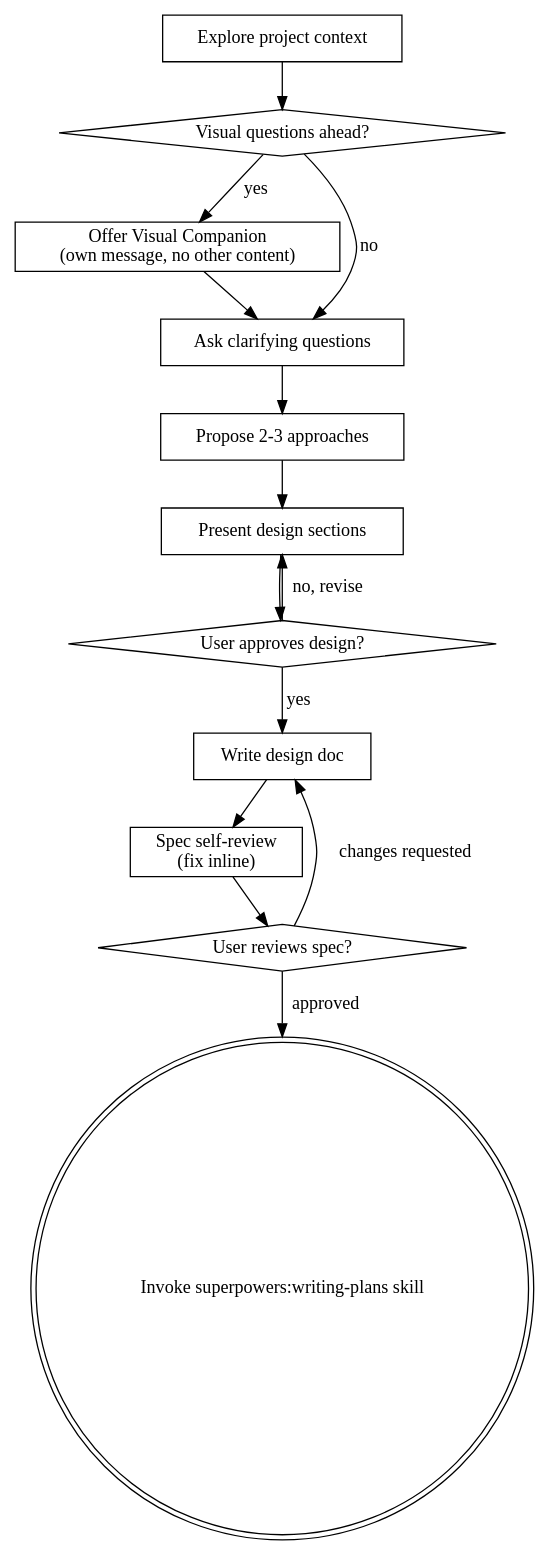
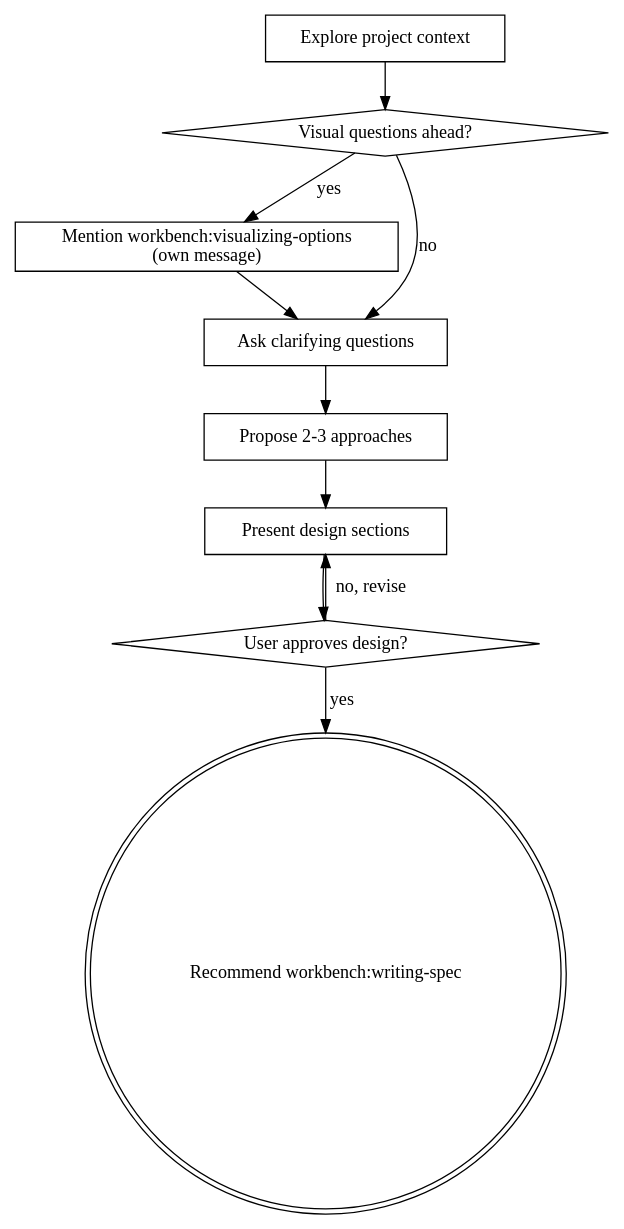
One commit to Spycner/spycner-tools changed the diagram in plugins/workbench/skills/brainstorming/SKILL.md. Above: the diagram before and after it, drawn with Graphviz. The commit also changed other lines of this file and 22 other files, not shown here.

````diff
--- a/plugins/workbench/skills/brainstorming/SKILL.md
+++ b/plugins/workbench/skills/brainstorming/SKILL.md
@@ -36,29 +33,22 @@
 ```dot
 digraph brainstorming {
     "Explore project context" [shape=box];
     "Visual questions ahead?" [shape=diamond];
-    "Offer Visual Companion\n(own message, no other content)" [shape=box];
+    "Mention workbench:visualizing-options\n(own message)" [shape=box];
     "Ask clarifying questions" [shape=box];
     "Propose 2-3 approaches" [shape=box];
     "Present design sections" [shape=box];
     "User approves design?" [shape=diamond];
-    "Write design doc" [shape=box];
-    "Spec self-review\n(fix inline)" [shape=box];
-    "User reviews spec?" [shape=diamond];
-    "Invoke superpowers:writing-plans skill" [shape=doublecircle];
+    "Recommend workbench:writing-spec" [shape=doublecircle];
 
     "Explore project context" -> "Visual questions ahead?";
-    "Visual questions ahead?" -> "Offer Visual Companion\n(own message, no other content)" [label="yes"];
+    "Visual questions ahead?" -> "Mention workbench:visualizing-options\n(own message)" [label="yes"];
     "Visual questions ahead?" -> "Ask clarifying questions" [label="no"];
-    "Offer Visual Companion\n(own message, no other content)" -> "Ask clarifying questions";
+    "Mention workbench:visualizing-options\n(own message)" -> "Ask clarifying questions";
     "Ask clarifying questions" -> "Propose 2-3 approaches";
     "Propose 2-3 approaches" -> "Present design sections";
     "Present design sections" -> "User approves design?";
     "User approves design?" -> "Present design sections" [label="no, revise"];
-    "User approves design?" -> "Write design doc" [label="yes"];
-    "Write design doc" -> "Spec self-review\n(fix inline)";
-    "Spec self-review\n(fix inline)" -> "User reviews spec?";
-    "User reviews spec?" -> "Write design doc" [label="changes requested"];
-    "User reviews spec?" -> "Invoke superpowers:writing-plans skill" [label="approved"];
+    "User approves design?" -> "Recommend workbench:writing-spec" [label="yes"];
 }
 ```
````
